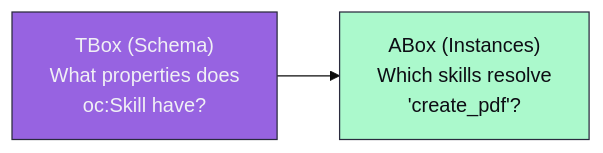
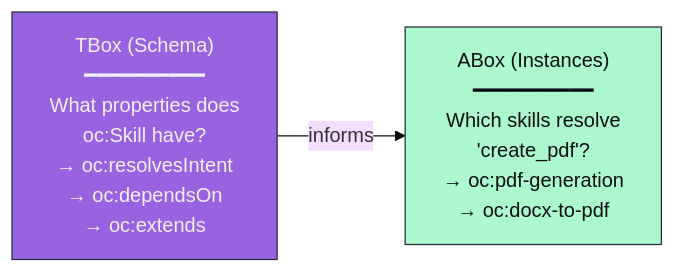
Before and after one commit to mareasoftware/ontoclaw: the fifth of 5 diagrams in PHILOSOPHY.md, drawn with Mermaid (base theme). The commit also changed other lines of this file and 1 other file, not shown here.

First line of the commit message:
docs: add detailed explanations to mermaid diagrams

````diff
--- a/PHILOSOPHY.md
+++ b/PHILOSOPHY.md
@@ -161,7 +165,7 @@
 ```mermaid
 flowchart LR
-    TBOX["TBox (Schema)<br/>What properties does<br/>oc:Skill have?"] --> ABOX["ABox (Instances)<br/>Which skills resolve<br/>'create_pdf'?"]
+    TBOX["TBox (Schema)<br/>━━━━━━━━━━<br/>What properties does<br/>oc:Skill have?<br/>→ oc:resolvesIntent<br/>→ oc:dependsOn<br/>→ oc:extends"] -->|"informs"| ABOX["ABox (Instances)<br/>━━━━━━━━━━<br/>Which skills resolve<br/>'create_pdf'?<br/>→ oc:pdf-generation<br/>→ oc:docx-to-pdf"]
 
     style TBOX fill:#9763e1,stroke:#2a2a3e,color:#f0f0f5
     style ABOX fill:#abf9cc,stroke:#2a2a3e,color:#0d0d14
 ```
````
